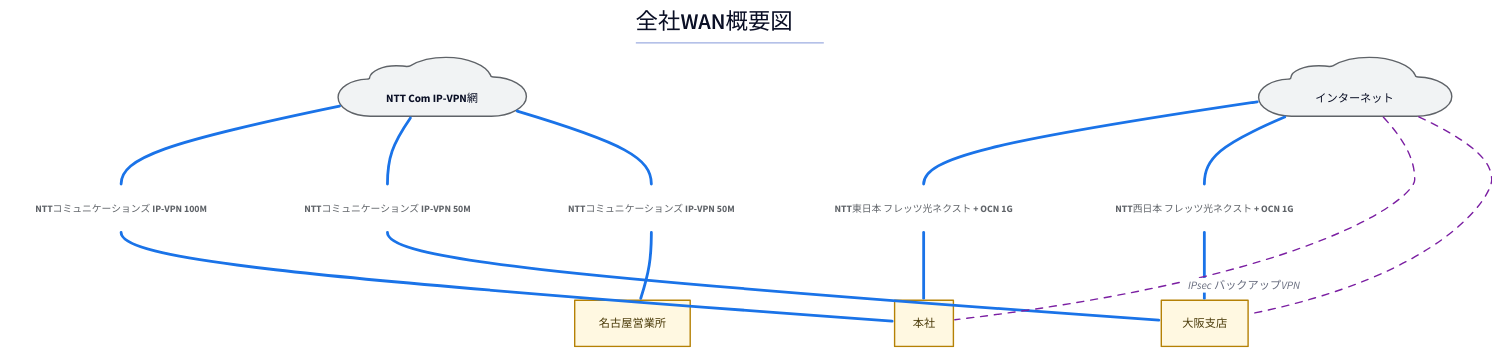
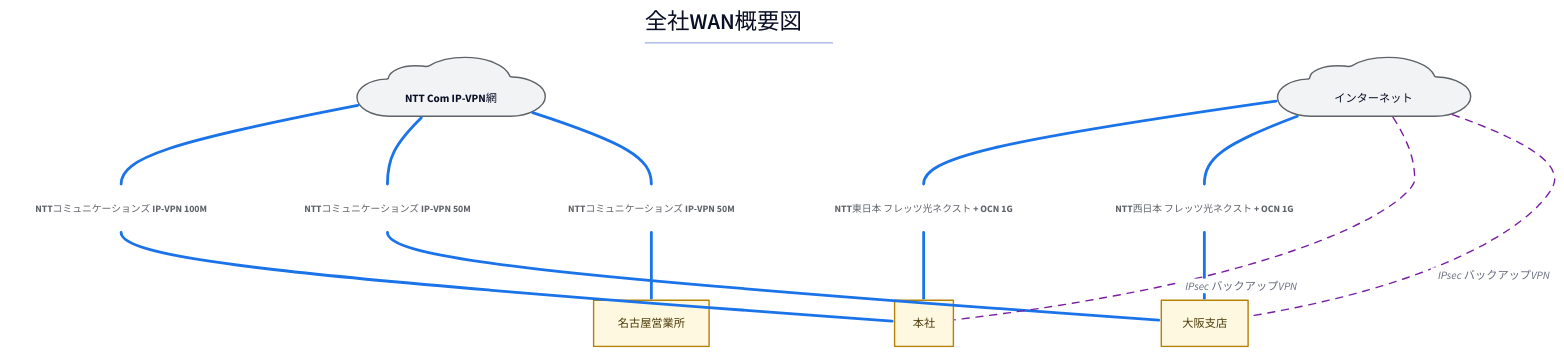
The diagram in examples/sample-corp/generated/wan-overview.d2 (thinas1115/nwdsl), drawn with D2 before and after one commit. The commit also changed 53 other files, not shown here.

First line of the commit message:
論理図で本社だけ配置がズレる問題を修正 (via分割エッジのラベル非対称)

```diff
--- a/examples/sample-corp/generated/wan-overview.d2
+++ b/examples/sample-corp/generated/wan-overview.d2
@@ -1,47 +1,47 @@
 title: |md
   # 全社WAN概要図
 | {near: top-center}
 direction: down
 
 classes: {
   role-router: {style.fill: "#e8f0fe"; style.stroke: "#1a56b0"; style.font-color: "#1a2340"}
   role-l3switch: {style.fill: "#d2e3fc"; style.stroke: "#1a56b0"; style.font-color: "#1a2340"}
   role-l2switch: {style.fill: "#e6f4ea"; style.stroke: "#137333"; style.font-color: "#1a2e1f"}
   role-firewall: {style.fill: "#fce8e6"; style.stroke: "#c5221f"; style.font-color: "#3c1a19"}
   role-other: {style.fill: "#f1f3f4"; style.stroke: "#5f6368"; style.font-color: "#202124"}
   node-cloud: {shape: cloud; style.fill: "#f1f3f4"; style.stroke: "#5f6368"}
   node-site: {style.fill: "#fff8e1"; style.stroke: "#b58105"; style.font-color: "#4a3a08"}
   node-segment: {style.fill: "#e2f5f0"; style.stroke: "#0f766e"; style.font-color: "#0b3d38"; style.border-radius: 12}
   node-external: {style.fill: "#ffffff"; style.stroke: "#9aa0a6"; style.stroke-dash: 3}
   group-site: {style.fill: "#f7f9fc"; style.stroke: "#8fa8c4"; style.font-color: "#33475b"}
   edge-label: {style.fill: "transparent"; style.stroke: "transparent"; style.font-size: 14; style.font-color: "#5f6368"; style.italic: true}
   edge-lan-cable: {style.stroke: "#4a4a4a"; style.stroke-width: 2}
   edge-wan-circuit: {style.stroke: "#1a73e8"; style.stroke-width: 4}
   edge-tunnel: {style.stroke: "#7b1fa2"; style.stroke-width: 2; style.stroke-dash: 5}
   edge-logical: {style.stroke: "#188038"; style.stroke-width: 2; style.stroke-dash: 3}
   edge-segment: {style.stroke: "#0f766e"; style.stroke-width: 1}
 }
 
 n_site__hq: "本社" {class: node-site}
 n_cloud__ipvpn: "　NTT Com IP-VPN網　" {class: node-cloud}
 n_site__osk: "大阪支店" {class: node-site}
 n_site__ngy: "名古屋営業所" {class: node-site}
 n_cloud__internet: "　インターネット　" {class: node-cloud}
 
 lbl_0: "NTTコミュニケーションズ IP-VPN 100M" {class: edge-label}
 n_cloud__ipvpn -- lbl_0 {class: edge-wan-circuit}
 lbl_0 -- n_site__hq {class: edge-wan-circuit}
 lbl_1: "NTTコミュニケーションズ IP-VPN 50M" {class: edge-label}
 n_cloud__ipvpn -- lbl_1 {class: edge-wan-circuit}
 lbl_1 -- n_site__osk {class: edge-wan-circuit}
 lbl_2: "NTTコミュニケーションズ IP-VPN 50M" {class: edge-label}
 n_cloud__ipvpn -- lbl_2 {class: edge-wan-circuit}
 lbl_2 -- n_site__ngy {class: edge-wan-circuit}
 lbl_3: "NTT東日本 フレッツ光ネクスト + OCN 1G" {class: edge-label}
 n_cloud__internet -- lbl_3 {class: edge-wan-circuit}
 lbl_3 -- n_site__hq {class: edge-wan-circuit}
 lbl_4: "NTT西日本 フレッツ光ネクスト + OCN 1G" {class: edge-label}
 n_cloud__internet -- lbl_4 {class: edge-wan-circuit}
 lbl_4 -- n_site__osk {class: edge-wan-circuit}
 n_cloud__internet -- n_site__hq: "IPsec バックアップVPN" {class: edge-tunnel}
-n_cloud__internet -- n_site__osk {class: edge-tunnel}
+n_cloud__internet -- n_site__osk: "IPsec バックアップVPN" {class: edge-tunnel}
```
